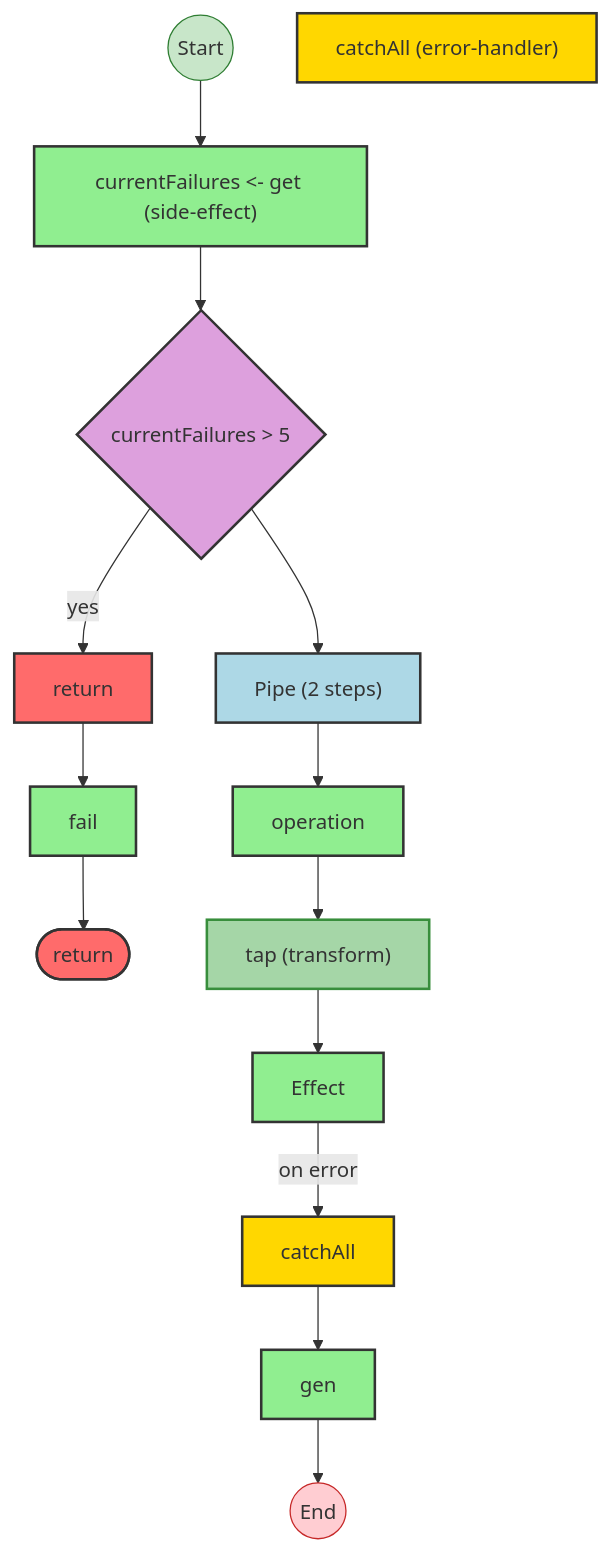
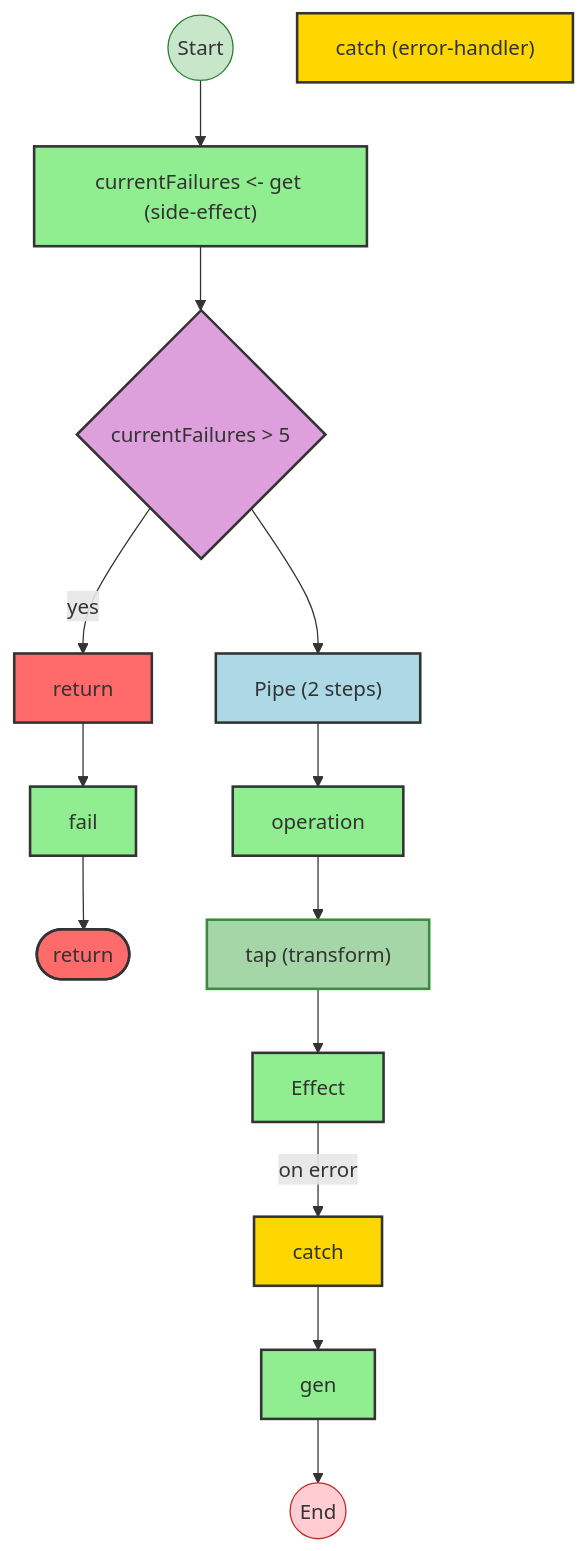
Before and after one commit to jagreehal/effect-analyzer: the tenth of 15 diagrams in packages/effect-analyzer/src/__fixtures__/real-world-patterns.effect-analysis.md, drawn with Mermaid. The commit also changed other lines of this file and 131 other files, not shown here.

First line of the commit message:
feat!: Effect v4-only architecture with decomposed analysis interface (#202)

````diff
--- a/packages/effect-analyzer/src/__fixtures__/real-world-patterns.effect-analysis.md
+++ b/packages/effect-analyzer/src/__fixtures__/real-world-patterns.effect-analysis.md
@@ -748,59 +748,59 @@
 ```mermaid
 flowchart TB
 
   %% Program: withCircuitBreaker
 
   start((Start))
   end_node((End))
 
   n2["currentFailures <- get (side-effect)"]
   decision_4{"currentFailures > 5"}
   n5["return"]
   term_6(["return"])
   n7["fail"]
   n8["Pipe (2 steps)"]
   n9["operation"]
   n10["tap (transform)"]
-  n11["catchAll (error-handler)"]
+  n11["catch (error-handler)"]
   n12["Effect"]
-  err_handler_13["catchAll"]
+  err_handler_13["catch"]
   n14["gen"]
 
   %% Edges
   n5 --> n7
   n7 --> term_6
   decision_4 -->|yes| n5
   n2 --> decision_4
   n9 --> n10
   n12 -->|on error| err_handler_13
   err_handler_13 --> n14
   n10 --> n12
   n8 --> n9
   decision_4 --> n8
   start --> n2
   n14 --> end_node
 
   %% Styles
   classDef startStyle fill:#c8e6c9,stroke:#2e7d32
   classDef endStyle fill:#ffcdd2,stroke:#c62828
   classDef effectStyle fill:#90EE90,stroke:#333,stroke-width:2px
   classDef pipeStyle fill:#ADD8E6,stroke:#333,stroke-width:2px
   classDef errorHandlerStyle fill:#FFD700,stroke:#333,stroke-width:2px
   classDef decisionStyle fill:#DDA0DD,stroke:#333,stroke-width:2px
   classDef terminalStyle fill:#FF6B6B,stroke:#333,stroke-width:2px
   classDef transformStyle fill:#A5D6A7,stroke:#388E3C,stroke-width:2px
   class start startStyle
   class end_node endStyle
   class n2 effectStyle
   class decision_4 decisionStyle
   class n5 terminalStyle
   class term_6 terminalStyle
   class n7 effectStyle
   class n8 pipeStyle
   class n9 effectStyle
   class n10 transformStyle
   class n11 errorHandlerStyle
   class n12 effectStyle
   class err_handler_13 errorHandlerStyle
   class n14 effectStyle
 ```
````
